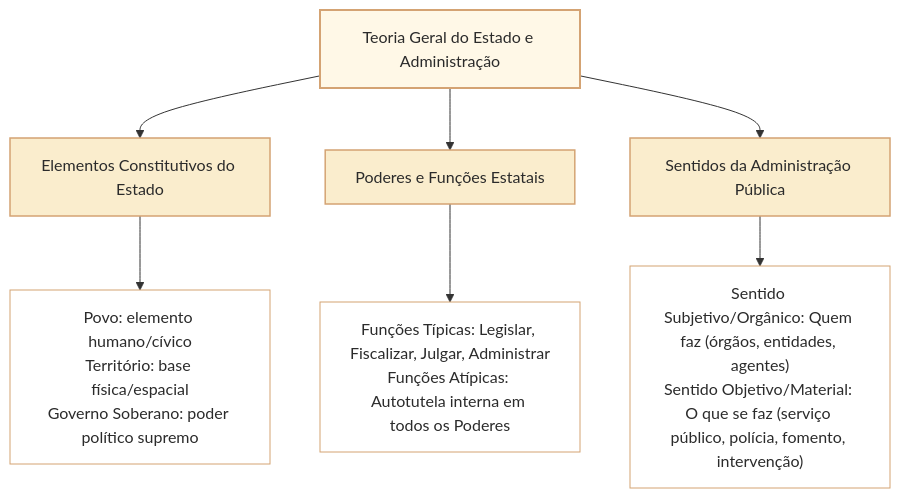
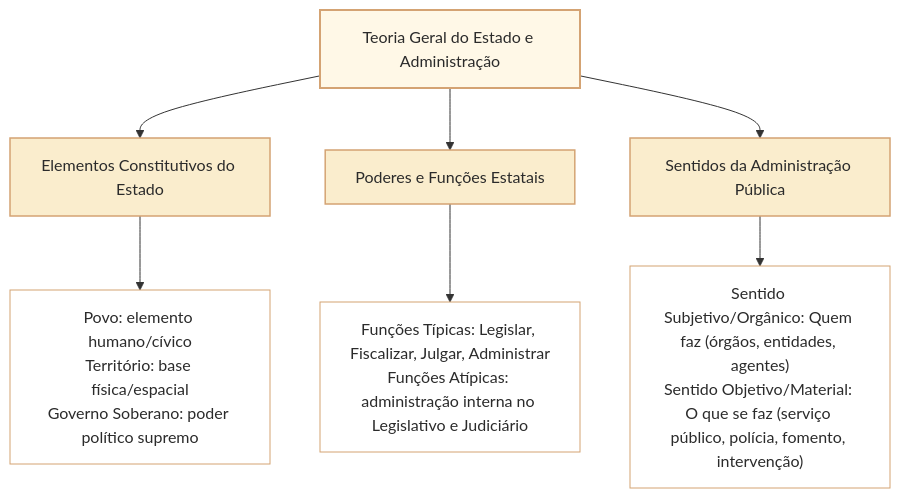
The diagram in 3 - Materias/Direito Administrativo/12 - estado governo administracao e funcao administrativa.md (leorruas/concursos), drawn with Mermaid before and after one commit. The commit also changed other lines of this file, not shown here.

Commit message:
docs(dad): revisar integralmente fundamentos de Estado e Administração

````diff
--- a/3 - Materias/Direito Administrativo/12 - estado governo administracao e funcao administrativa.md
+++ b/3 - Materias/Direito Administrativo/12 - estado governo administracao e funcao administrativa.md
@@ -27,14 +27,14 @@
 ```mermaid
 graph TD
     classDef raiz fill:#fff8e7,stroke:#d4a373,stroke-width:2px,color:#2b2b2b;
     classDef criterio fill:#faedcd,stroke:#d4a373,stroke-width:1.5px,color:#2b2b2b;
     classDef opcao fill:#ffffff,stroke:#d4a373,stroke-width:1px,color:#2b2b2b;
 
     R["Teoria Geral do Estado e Administração"]:::raiz --> C1["Elementos Constitutivos do Estado"]:::criterio
     R --> C2["Poderes e Funções Estatais"]:::criterio
     R --> C3["Sentidos da Administração Pública"]:::criterio
 
     C1 --> O1["Povo: elemento humano/cívico<br/>Território: base física/espacial<br/>Governo Soberano: poder político supremo"]:::opcao
-    C2 --> O2["Funções Típicas: Legislar, Fiscalizar, Julgar, Administrar<br/>Funções Atípicas: Autotutela interna em todos os Poderes"]:::opcao
+    C2 --> O2["Funções Típicas: Legislar, Fiscalizar, Julgar, Administrar<br/>Funções Atípicas: administração interna no Legislativo e Judiciário"]:::opcao
     C3 --> O3["Sentido Subjetivo/Orgânico: Quem faz (órgãos, entidades, agentes)<br/>Sentido Objetivo/Material: O que se faz (serviço público, polícia, fomento, intervenção)"]:::opcao
 ```
````
